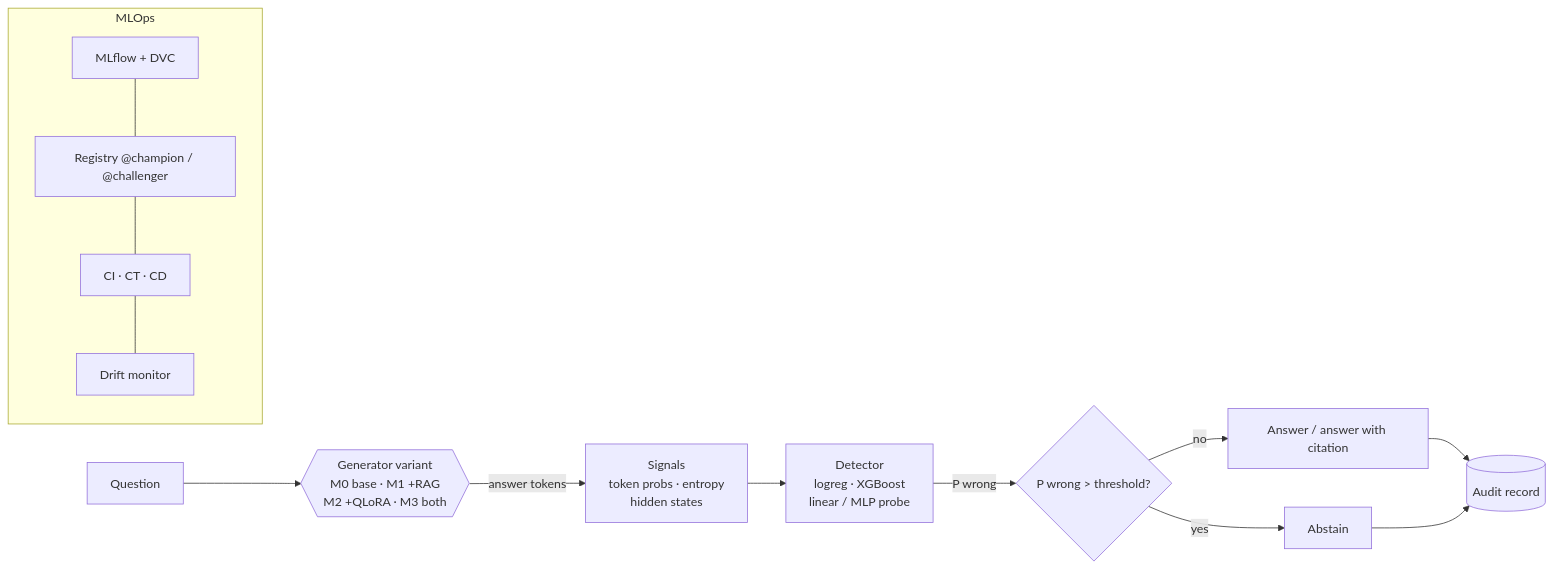
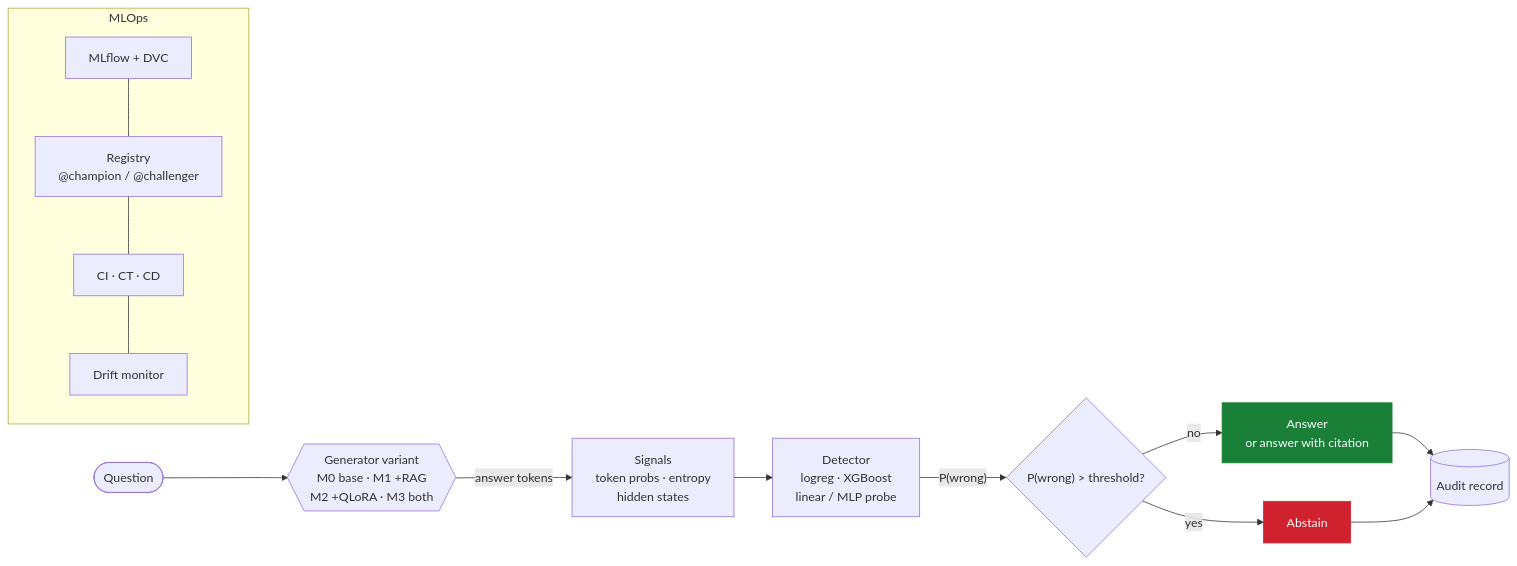
One commit to trevorblue/bluff-detector changed the diagram in README.md. Above: the diagram before and after it, drawn with Mermaid. The commit also changed other lines of this file and 15 other files, not shown here.

````diff
--- a/README.md
+++ b/README.md
@@ -34,14 +78,18 @@
 ```mermaid
 flowchart LR
-    Q[Question] --> G{{Generator variant<br/>M0 base · M1 +RAG<br/>M2 +QLoRA · M3 both}}
-    G -->|answer tokens| S[Signals<br/>token probs · entropy<br/>hidden states]
-    S --> D[Detector<br/>logreg · XGBoost<br/>linear / MLP probe]
-    D -->|P wrong| Gate{P wrong > threshold?}
-    Gate -->|no| A[Answer / answer with citation]
-    Gate -->|yes| X[Abstain]
+    Q([Question]) --> G{{"Generator variant<br/>M0 base · M1 +RAG<br/>M2 +QLoRA · M3 both"}}
+    G -->|answer tokens| S["Signals<br/>token probs · entropy<br/>hidden states"]
+    S --> D["Detector<br/>logreg · XGBoost<br/>linear / MLP probe"]
+    D -->|"P(wrong)"| Gate{"P(wrong) > threshold?"}
+    Gate -->|no| A["Answer<br/>or answer with citation"]
+    Gate -->|yes| X["Abstain"]
     A --> R[(Audit record)]
     X --> R
     subgraph MLOps
-      T[MLflow + DVC] --- Reg[Registry @champion / @challenger] --- CI[CI · CT · CD] --- M[Drift monitor]
+      T[MLflow + DVC] --- Reg["Registry<br/>@champion / @challenger"] --- CI[CI · CT · CD] --- M[Drift monitor]
     end
+    classDef ok fill:#1a7f37,stroke:#1a7f37,color:#ffffff
+    classDef stop fill:#cf222e,stroke:#cf222e,color:#ffffff
+    class A ok
+    class X stop
 ```
````
